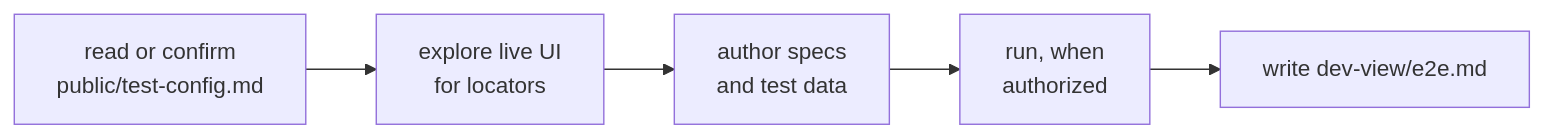
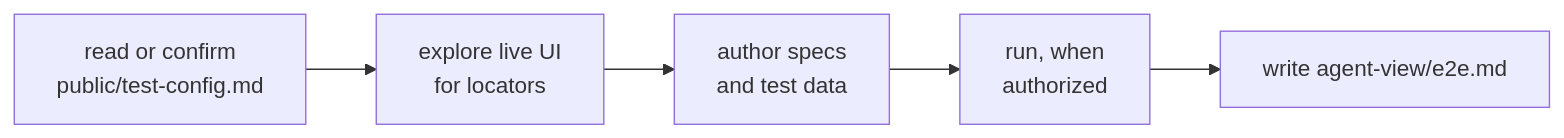
The diagram in docs/go-e2e.md (le0u0/just-do-it), drawn with Mermaid before and after one commit. The commit also changed other lines of this file and 39 other files, not shown here.

Commit message:
feat: move ut, e2e, and review md to agent-view and default dev-view to html

````diff
--- a/docs/go-e2e.md
+++ b/docs/go-e2e.md
@@ -7,7 +7,7 @@
 ```mermaid
 flowchart LR
     A[read or confirm<br/>public/test-config.md] --> B[explore live UI<br/>for locators]
     B --> C[author specs<br/>and test data]
     C --> D[run, when<br/>authorized]
-    D --> E[write dev-view/e2e.md]
+    D --> E[write agent-view/e2e.md]
 ```
````
